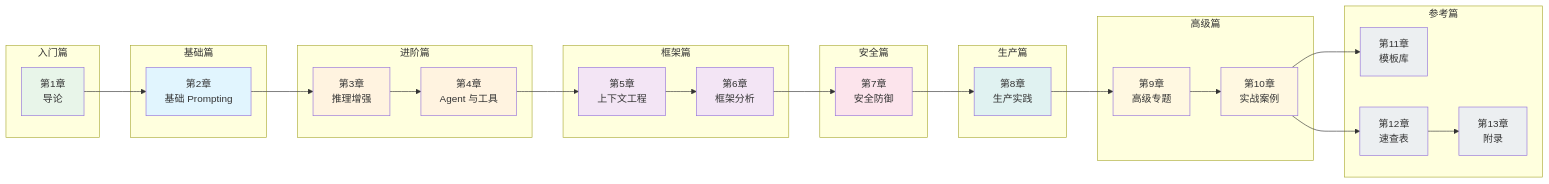
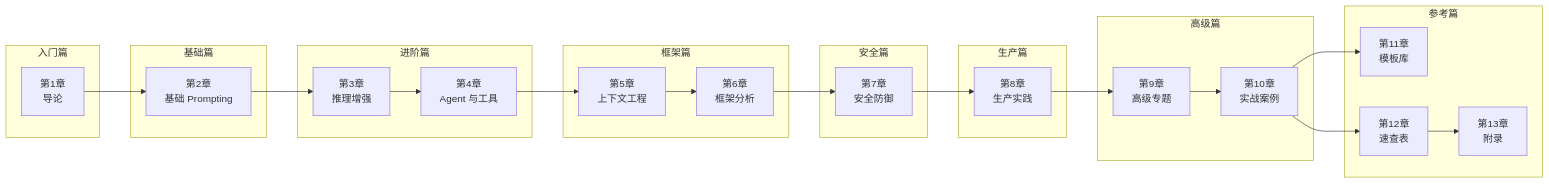
Before and after one commit to yuexiaoliang/prompt-engineering-learning: the fourth of 7 diagrams in 01-introduction-zh.md, drawn with Mermaid. The commit also changed other lines of this file and 9 other files, not shown here.

First line of the commit message:
fix(prompt-engineering): remove hardcoded mermaid fill styles for theme auto-adaptation

````diff
--- a/01-introduction-zh.md
+++ b/01-introduction-zh.md
@@ -282,66 +275,52 @@
 ```mermaid
 flowchart LR
     subgraph 入门篇
         A[第1章<br/>导论]
     end
 
     subgraph 基础篇
         B[第2章<br/>基础 Prompting]
     end
 
     subgraph 进阶篇
         C[第3章<br/>推理增强]
         D[第4章<br/>Agent 与工具]
     end
 
     subgraph 框架篇
         E[第5章<br/>上下文工程]
         F[第6章<br/>框架分析]
     end
 
     subgraph 安全篇
         G[第7章<br/>安全防御]
     end
 
     subgraph 生产篇
         H[第8章<br/>生产实践]
     end
 
     subgraph 高级篇
         I[第9章<br/>高级专题]
         J[第10章<br/>实战案例]
     end
 
     subgraph 参考篇
         K[第11章<br/>模板库]
         L[第12章<br/>速查表]
         M[第13章<br/>附录]
     end
 
     A --> B
     B --> C
     C --> D
     D --> E
     E --> F
     F --> G
     G --> H
     H --> I
     I --> J
     J --> K
     J --> L
     L --> M
-
-    style A fill:#e8f5e9
-    style B fill:#e1f5fe
-    style C fill:#fff3e0
-    style D fill:#fff3e0
-    style E fill:#f3e5f5
-    style F fill:#f3e5f5
-    style G fill:#fce4ec
-    style H fill:#e0f2f1
-    style I fill:#fff8e1
-    style J fill:#fff8e1
-    style K fill:#eceff1
-    style L fill:#eceff1
-    style M fill:#eceff1
 ```
````
